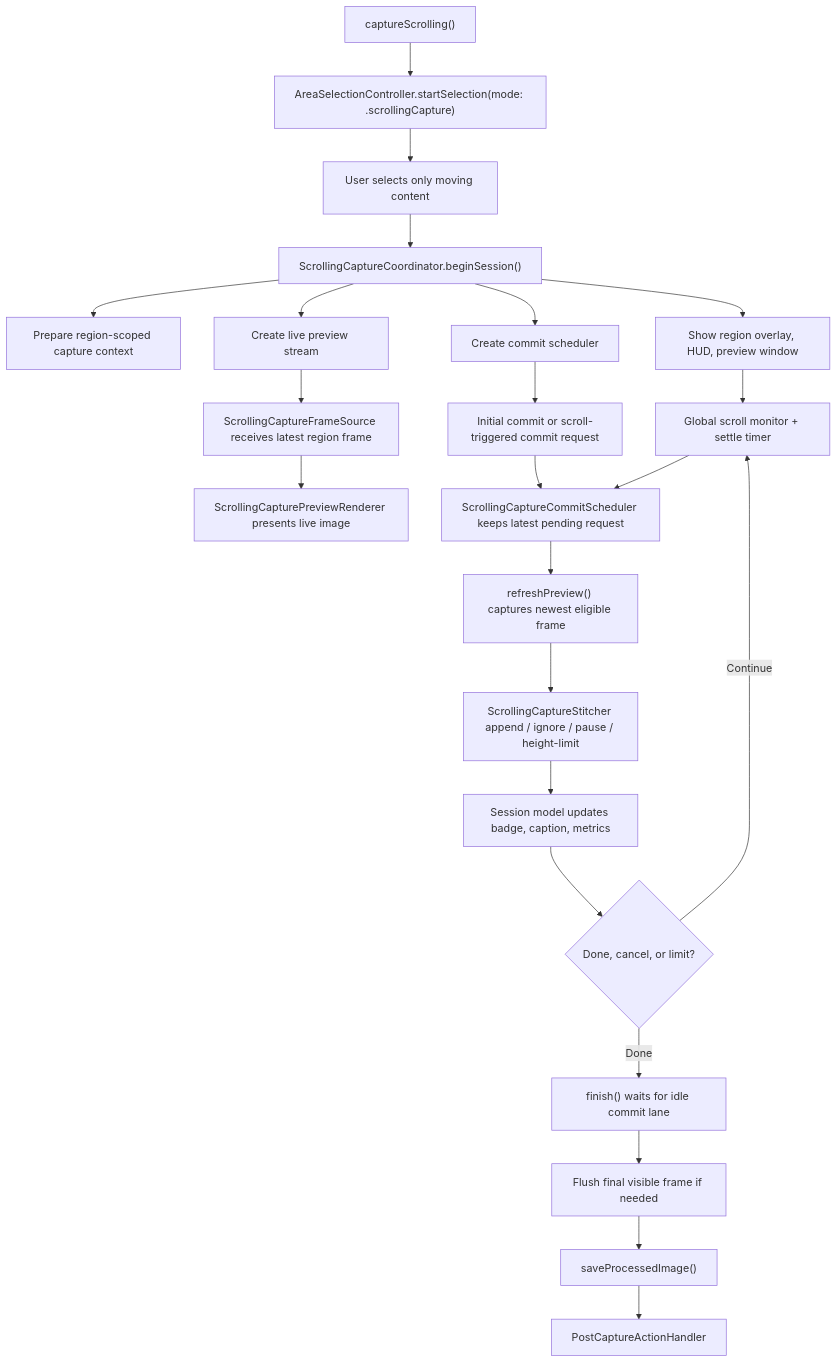
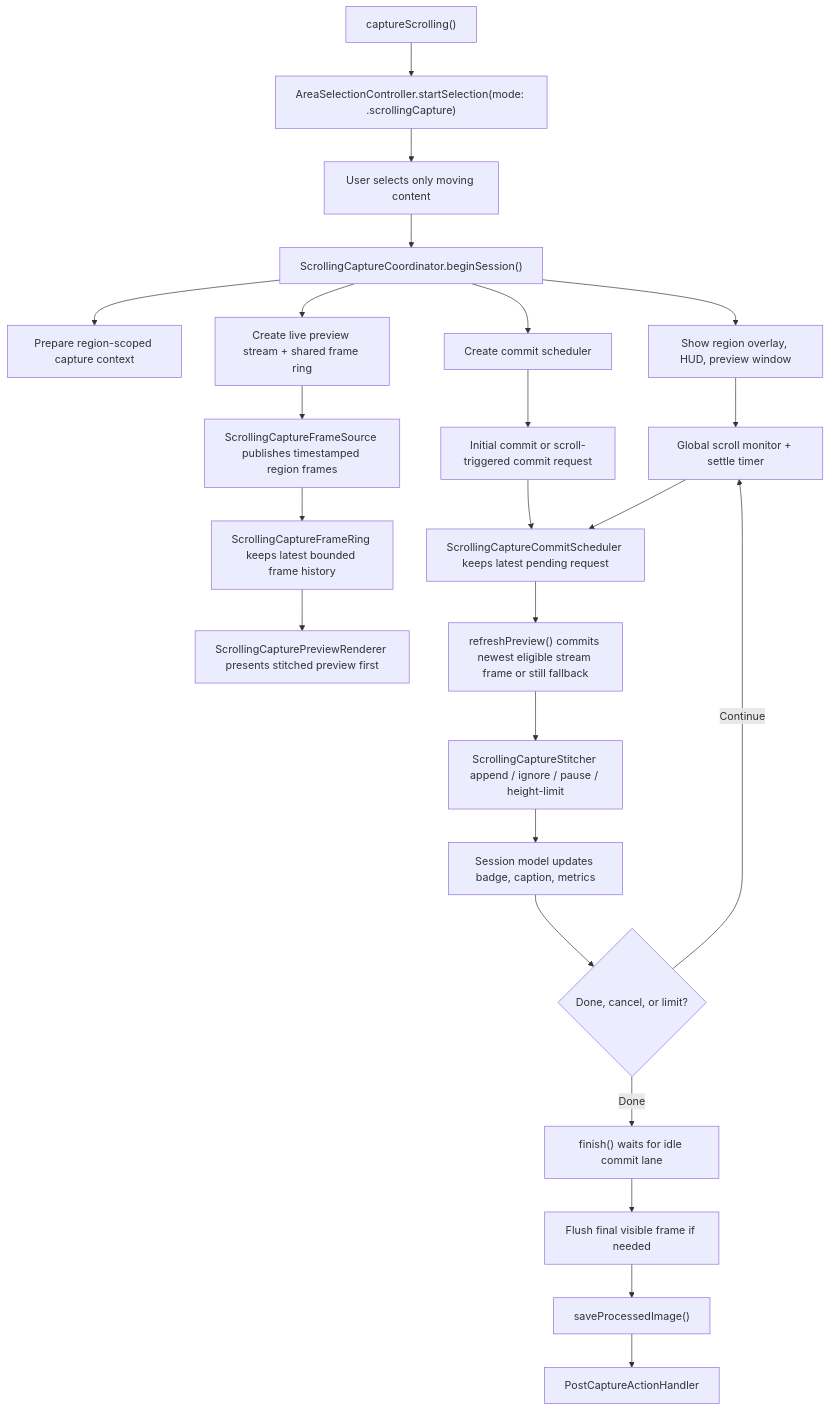
The third of 8 diagrams in docs/CAPTURE.md (duongden/Snapzy), drawn with Mermaid before and after one commit. The commit also changed other lines of this file and 9 other files, not shown here.

Commit message:
refactor: Implement frame management and safety tracking in scrolling capture subsystem

````diff
--- a/docs/CAPTURE.md
+++ b/docs/CAPTURE.md
@@ -100,30 +100,31 @@
 ```mermaid
 flowchart TD
     A["captureScrolling()"] --> B["AreaSelectionController.startSelection(mode: .scrollingCapture)"]
     B --> C["User selects only moving content"]
     C --> D["ScrollingCaptureCoordinator.beginSession()"]
 
     D --> E["Prepare region-scoped capture context"]
     D --> F["Show region overlay, HUD, preview window"]
-    D --> G["Create live preview stream"]
+    D --> G["Create live preview stream + shared frame ring"]
     D --> H["Create commit scheduler"]
 
-    G --> I["ScrollingCaptureFrameSource receives latest region frame"]
-    I --> J["ScrollingCapturePreviewRenderer presents live image"]
+    G --> I["ScrollingCaptureFrameSource publishes timestamped region frames"]
+    I --> I1["ScrollingCaptureFrameRing keeps latest bounded frame history"]
+    I1 --> J["ScrollingCapturePreviewRenderer presents stitched preview first"]
 
     H --> K["Initial commit or scroll-triggered commit request"]
     K --> L["ScrollingCaptureCommitScheduler keeps latest pending request"]
-    L --> M["refreshPreview() captures newest eligible frame"]
+    L --> M["refreshPreview() commits newest eligible stream frame or still fallback"]
     M --> N["ScrollingCaptureStitcher append / ignore / pause / height-limit"]
     N --> O["Session model updates badge, caption, metrics"]
 
     F --> P["Global scroll monitor + settle timer"]
     P --> L
 
     O --> Q{"Done, cancel, or limit?"}
     Q -->|Continue| P
     Q -->|Done| R["finish() waits for idle commit lane"]
     R --> S["Flush final visible frame if needed"]
     S --> T["saveProcessedImage()"]
     T --> U["PostCaptureActionHandler"]
 ```
````
